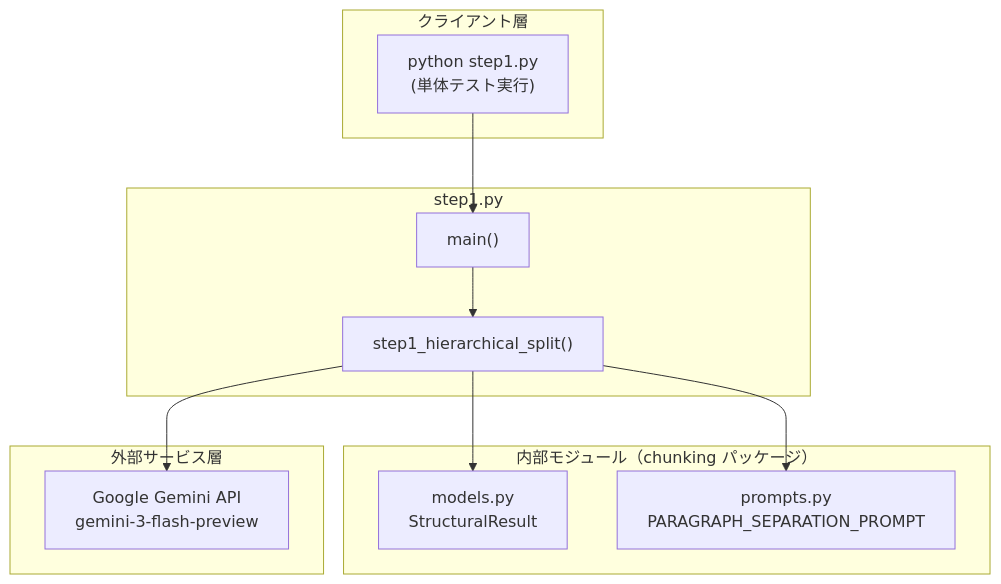
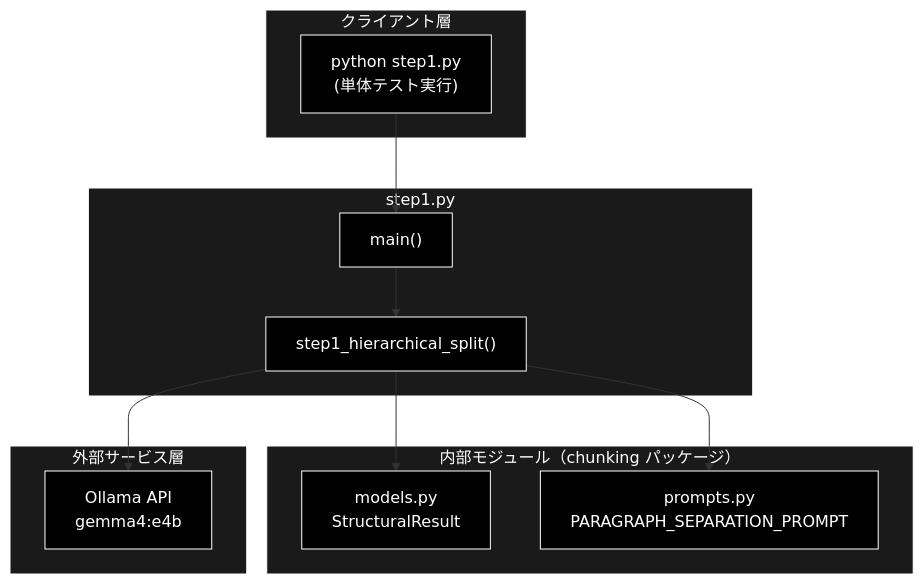
One commit to nakashima2toshio/ollama_grace_agent_v2 changed the first of 5 diagrams in chunking/doc/step1.md. Above: the diagram before and after it, drawn with Mermaid. The commit also changed other lines of this file and 13 other files, not shown here.

First line of the commit message:
chunking: Ollama ネイティブ化（コード/コメント/ドキュメントの Gemini→Ollama 全面置換）

````diff
--- a/chunking/doc/step1.md
+++ b/chunking/doc/step1.md
@@ -114,26 +114,33 @@
 ```mermaid
 flowchart TB
     subgraph CLIENT["クライアント層"]
         CLI["python step1.py<br/>(単体テスト実行)"]
     end
 
     subgraph MODULE["step1.py"]
         MAIN["main()"]
         CORE["step1_hierarchical_split()"]
     end
 
     subgraph INTERNAL["内部モジュール（chunking パッケージ）"]
         MODELS["models.py<br/>StructuralResult"]
         PROMPTS["prompts.py<br/>PARAGRAPH_SEPARATION_PROMPT"]
     end
 
     subgraph EXTERNAL["外部サービス層"]
-        GEMINI["Google Gemini API<br/>gemini-3-flash-preview"]
+        GEMINI["Ollama API<br/>gemma4:e4b"]
     end
 
     CLI --> MAIN
     MAIN --> CORE
     CORE --> MODELS
     CORE --> PROMPTS
     CORE --> GEMINI
+classDef default fill:#000,stroke:#fff,color:#fff
+classDef subgraphStyle fill:#1a1a1a,stroke:#fff,color:#fff
+class CLI,MAIN,CORE,MODELS,PROMPTS,GEMINI default
+style CLIENT fill:#1a1a1a,stroke:#fff,color:#fff
+style MODULE fill:#1a1a1a,stroke:#fff,color:#fff
+style INTERNAL fill:#1a1a1a,stroke:#fff,color:#fff
+style EXTERNAL fill:#1a1a1a,stroke:#fff,color:#fff
 ```
````
